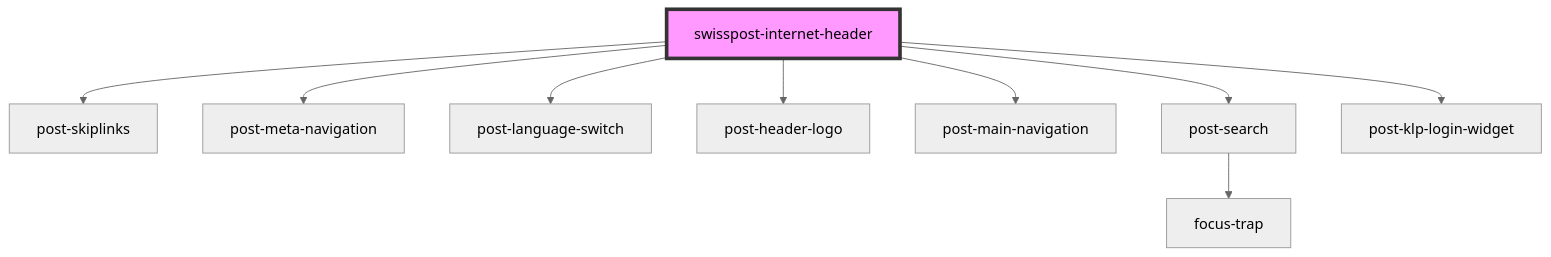
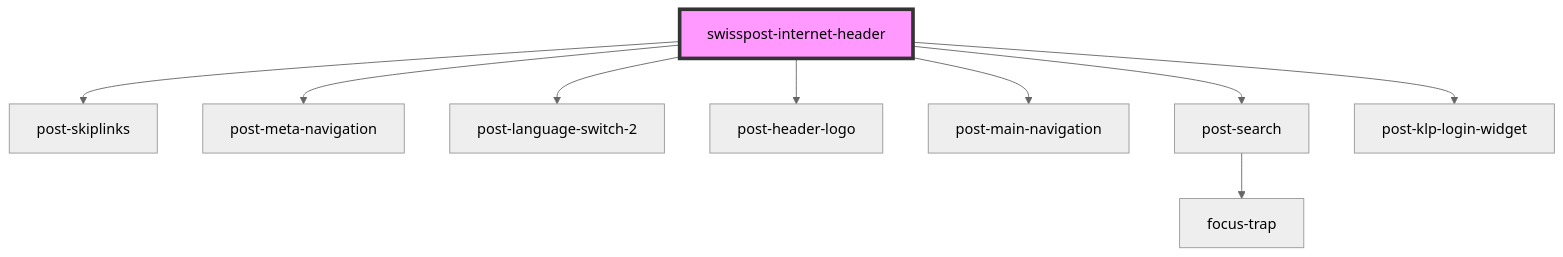
The diagram in packages/internet-header/src/components/post-internet-header/readme.md (swisspost/design-system), drawn with Mermaid (neutral theme) before and after one commit. The commit also changed other lines of this file and 30 other files, not shown here.

Commit message:
rename post-language-switch to post-language-switch-2 and post-language-option-switch to post-language-switch

````diff
--- a/packages/internet-header/src/components/post-internet-header/readme.md
+++ b/packages/internet-header/src/components/post-internet-header/readme.md
@@ -64,12 +64,12 @@
 ```mermaid
 graph TD;
   swisspost-internet-header --> post-skiplinks
   swisspost-internet-header --> post-meta-navigation
-  swisspost-internet-header --> post-language-switch
+  swisspost-internet-header --> post-language-switch-2
   swisspost-internet-header --> post-header-logo
   swisspost-internet-header --> post-main-navigation
   swisspost-internet-header --> post-search
   swisspost-internet-header --> post-klp-login-widget
   post-search --> focus-trap
   style swisspost-internet-header fill:#f9f,stroke:#333,stroke-width:4px
 ```
````
